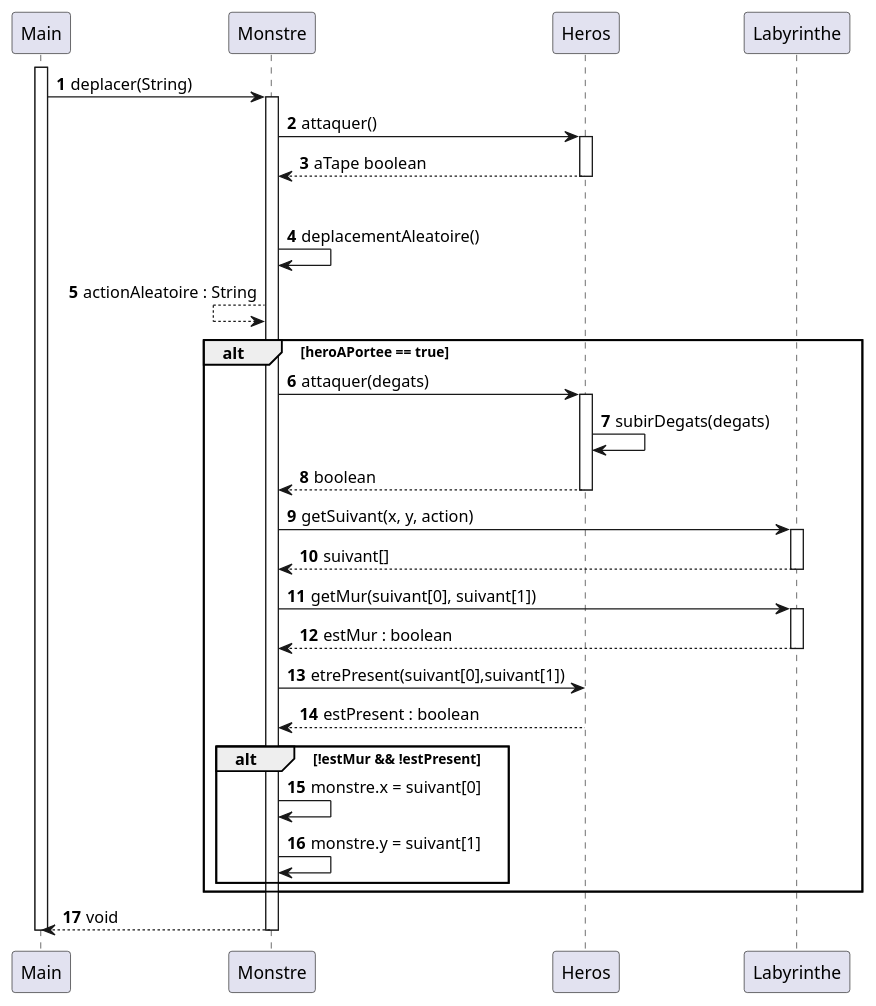
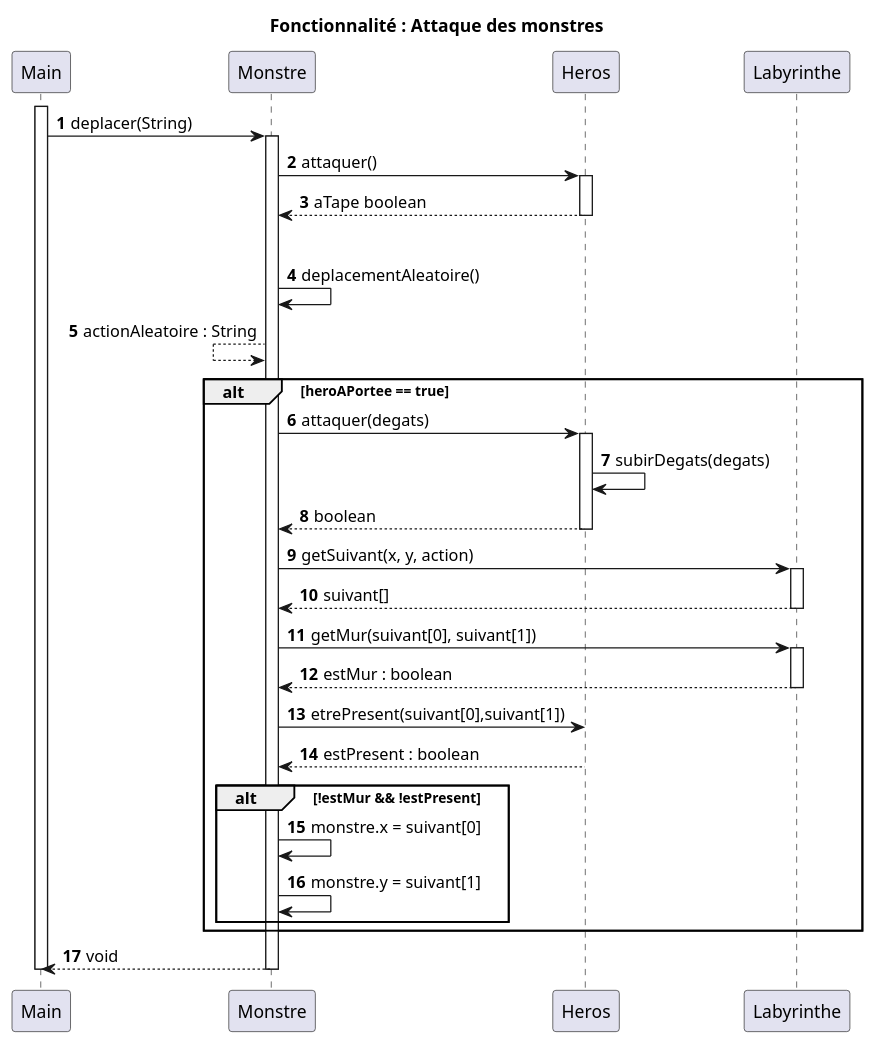
Before and after one commit to crochetremi/2025_Zeldiablo2_e20157u_e82008u_e89209u_e26078u: the diagram in documents/version_3/DS_AttaqueDesMonstres.puml, drawn with PlantUML. The commit also changed 6 other files, not shown here.

Commit message:
ajout des titres dans les diagrammes

```diff
--- a/documents/version_3/DS_AttaqueDesMonstres.puml
+++ b/documents/version_3/DS_AttaqueDesMonstres.puml
@@ -1,55 +1,55 @@
 @startuml
 'https://plantuml.com/sequence-diagram
-
+title Fonctionnalité : Attaque des monstres
 autonumber
 
 participant "Main" as main
 participant "Monstre" as monstre
 participant "Heros" as heros
 participant "Labyrinthe" as laby
 
 activate main
 main -> monstre : deplacer(String)
 activate monstre
 
 monstre -> heros : attaquer()
 activate heros
 heros --> monstre : aTape boolean
 deactivate heros
 
 alt aTape == false
     monstre -> monstre : deplacementAleatoire()
     monstre <-- monstre : actionAleatoire : String
 
 alt heroAPortee == true
     monstre -> heros: attaquer(degats)
     activate heros
     heros -> heros: subirDegats(degats)
     heros --> monstre: boolean
     deactivate heros
 
 
     monstre -> laby : getSuivant(x, y, action)
     activate laby
     laby --> monstre : suivant[]
     deactivate laby
 
     monstre -> laby : getMur(suivant[0], suivant[1])
     activate laby
     laby --> monstre : estMur : boolean
     deactivate laby
 
     monstre -> heros : etrePresent(suivant[0],suivant[1])
     heros --> monstre : estPresent : boolean
 
     alt !estMur && !estPresent
         monstre -> monstre : monstre.x = suivant[0]
         monstre -> monstre : monstre.y = suivant[1]
     end
 end
 
 monstre --> main : void
 deactivate monstre
 deactivate main
 
 @enduml
```
